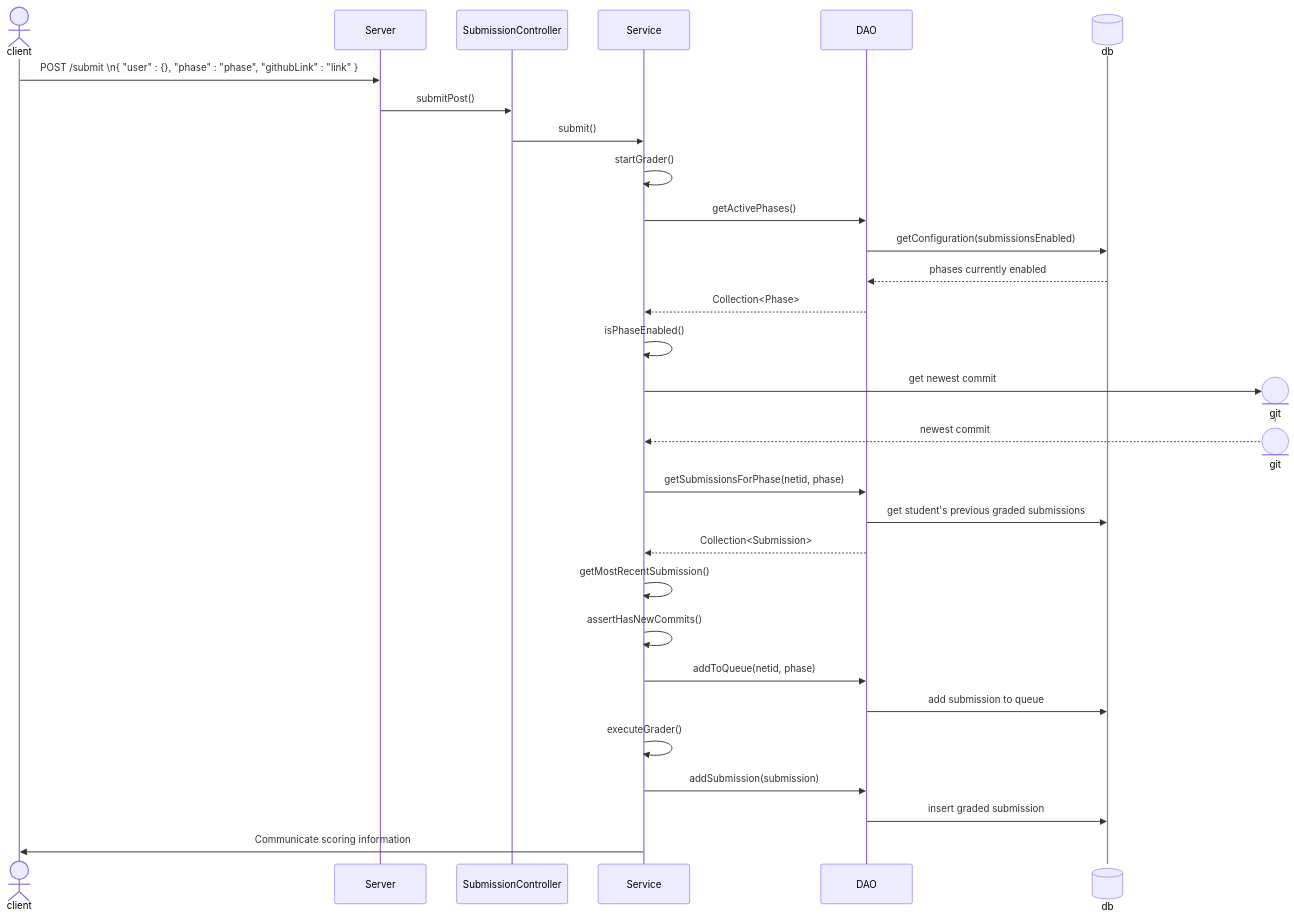
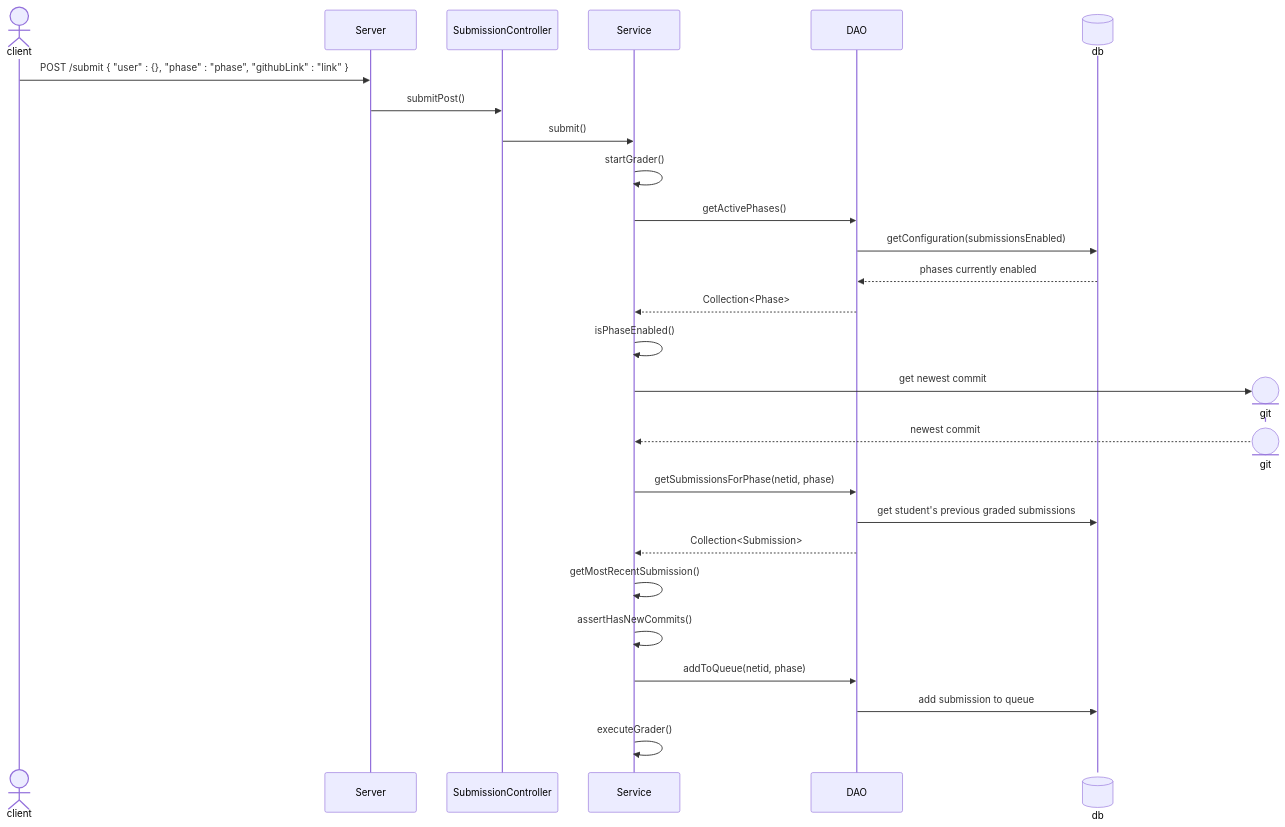
Before and after one commit to softwareconstruction240/autograder: the first of 3 diagrams in docs/overall-grading-flow.md, drawn with Mermaid. The commit also changed other lines of this file, not shown here.

````diff
--- a/docs/overall-grading-flow.md
+++ b/docs/overall-grading-flow.md
@@ -19,36 +19,33 @@
 ```mermaid
 sequenceDiagram
     actor client
     participant Server
     participant SubmissionController
     participant Service
     participant dao as DAO
     participant db@{ "type" : "database" }
     
-    client->>Server:POST /submit \n{ "user" : {}, "phase" : "phase", "githubLink" : "link" }
+    client->>Server:POST /submit { "user" : {}, "phase" : "phase", "githubLink" : "link" }
     Server->>SubmissionController:submitPost()
     SubmissionController->>Service:submit()
     Service->>Service:startGrader()
     Service->>dao:getActivePhases()
     dao->>db:getConfiguration(submissionsEnabled)
     db-->>dao:phases currently enabled
     dao-->>Service:Collection<Phase>
     Service->>Service:isPhaseEnabled()
     
     create participant git@{ "type" : "entity" }
     Service->>git:get newest commit
     destroy git
     git-->>Service:newest commit
     Service->>dao:getSubmissionsForPhase(netid, phase)
     dao->>db:get student's previous graded submissions
     dao-->>Service:Collection<Submission>
     Service->>Service:getMostRecentSubmission()
     Service->>Service:assertHasNewCommits()
     
     Service->>dao:addToQueue(netid, phase)
     dao->>db:add submission to queue
     Service->>Service:executeGrader()
-    Service->>dao:addSubmission(submission)
-    dao->>db:insert graded submission
-    Service->>client:Communicate scoring information
 ```
````
